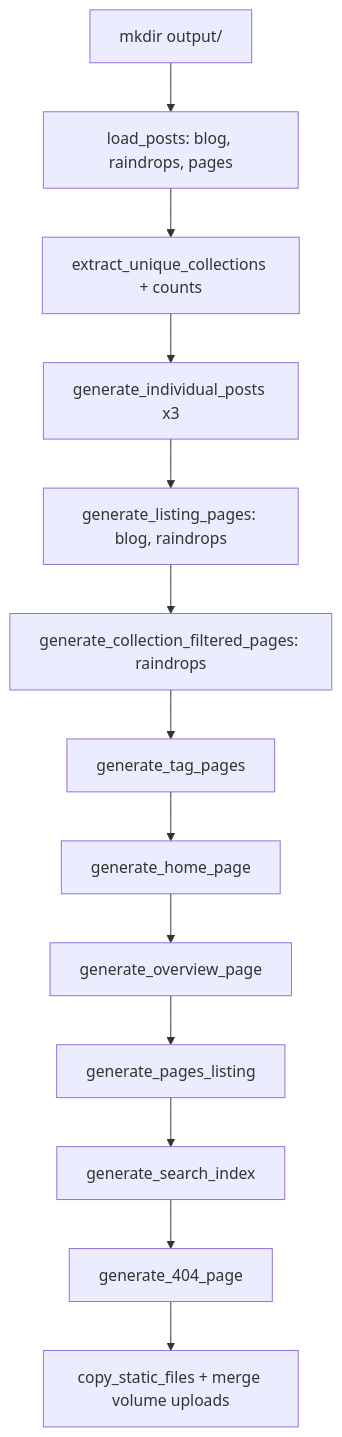
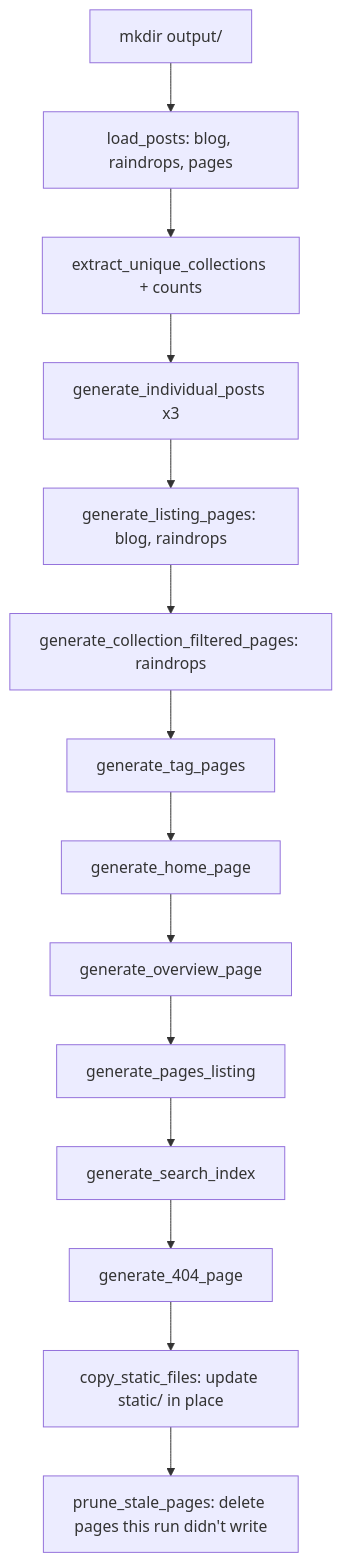
One commit to pitosalas/salasblog2 changed the first of 2 diagrams in 01-literate/07-generator.md. Above: the diagram before and after it, drawn with Mermaid. The commit also changed other lines of this file and 18 other files, not shown here.

````diff
--- a/01-literate/07-generator.md
+++ b/01-literate/07-generator.md
@@ -157,15 +150,16 @@
 ```mermaid
 flowchart TD
     A[mkdir output/] --> B[load_posts: blog, raindrops, pages]
     B --> C[extract_unique_collections + counts]
     C --> D[generate_individual_posts x3]
     D --> E[generate_listing_pages: blog, raindrops]
     E --> F[generate_collection_filtered_pages: raindrops]
     F --> G[generate_tag_pages]
     G --> H[generate_home_page]
     H --> I[generate_overview_page]
     I --> J[generate_pages_listing]
     J --> K[generate_search_index]
     K --> L[generate_404_page]
-    L --> M[copy_static_files + merge volume uploads]
+    L --> M[copy_static_files: update static/ in place]
+    M --> N[prune_stale_pages: delete pages this run didn't write]
 ```
````
